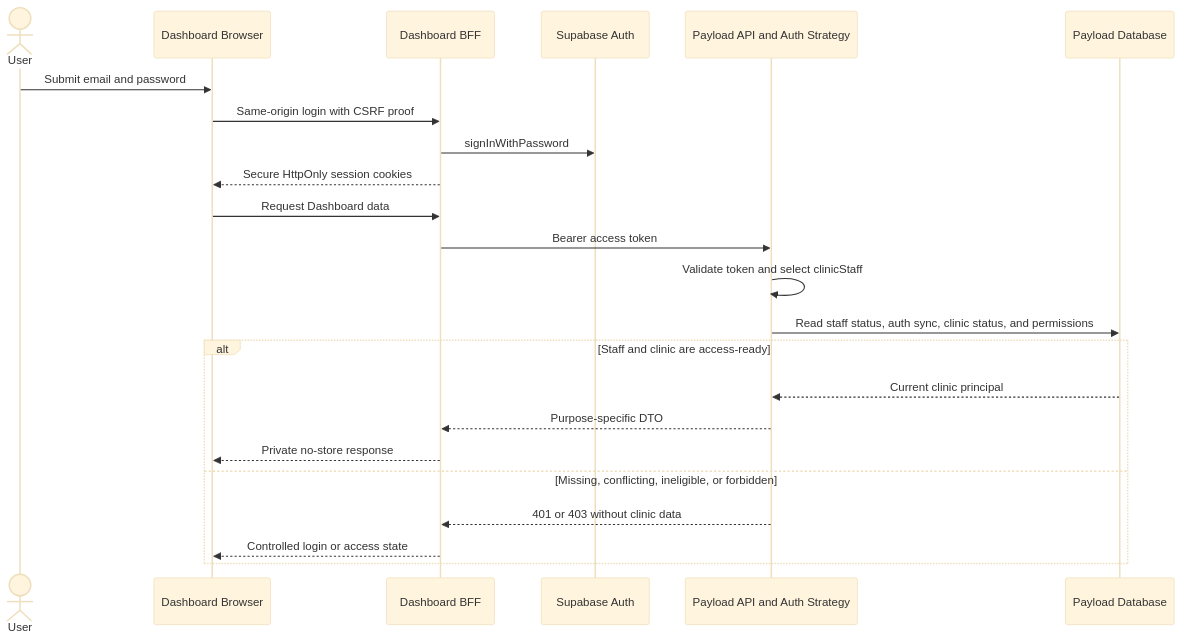
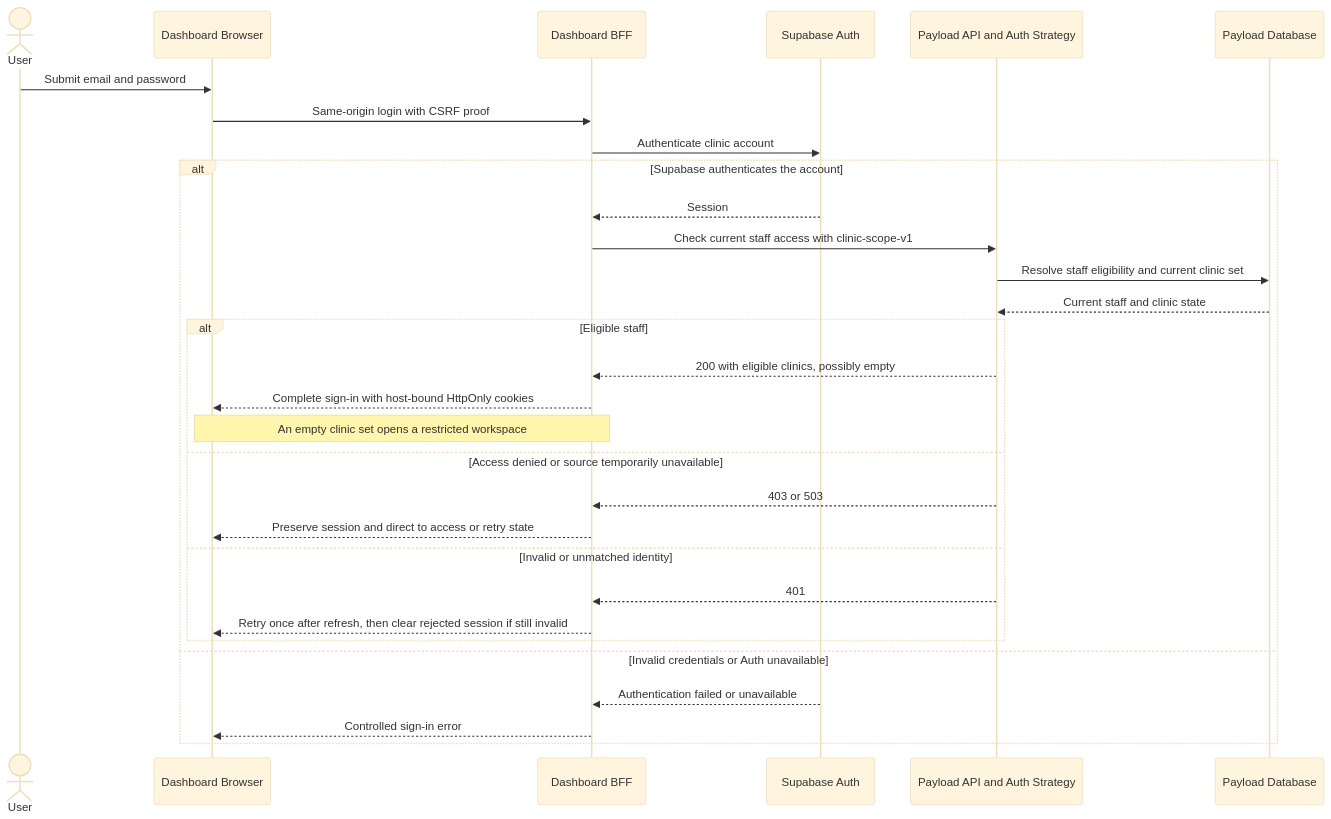
Before and after one commit to findmydoc-platform/website: the second of 4 diagrams in docs/security/auth-flow-diagram.md, drawn with Mermaid (base theme). The commit also changed other lines of this file and 5 other files, not shown here.

````diff
--- a/docs/security/auth-flow-diagram.md
+++ b/docs/security/auth-flow-diagram.md
@@ -33,26 +33,33 @@
 ```mermaid
 sequenceDiagram
     actor User
     participant Browser as Dashboard Browser
     participant BFF as Dashboard BFF
     participant Supabase as Supabase Auth
     participant Payload as Payload API and Auth Strategy
     participant DB as Payload Database
 
     User->>Browser: Submit email and password
     Browser->>BFF: Same-origin login with CSRF proof
-    BFF->>Supabase: signInWithPassword
-    BFF-->>Browser: Secure HttpOnly session cookies
-    Browser->>BFF: Request Dashboard data
-    BFF->>Payload: Bearer access token
-    Payload->>Payload: Validate token and select clinicStaff
-    Payload->>DB: Read staff status, auth sync, clinic status, and permissions
-    alt Staff and clinic are access-ready
-        DB-->>Payload: Current clinic principal
-        Payload-->>BFF: Purpose-specific DTO
-        BFF-->>Browser: Private no-store response
-    else Missing, conflicting, ineligible, or forbidden
-        Payload-->>BFF: 401 or 403 without clinic data
-        BFF-->>Browser: Controlled login or access state
+    BFF->>Supabase: Authenticate clinic account
+    alt Supabase authenticates the account
+        Supabase-->>BFF: Session
+        BFF->>Payload: Check current staff access with clinic-scope-v1
+        Payload->>DB: Resolve staff eligibility and current clinic set
+        DB-->>Payload: Current staff and clinic state
+        alt Eligible staff
+            Payload-->>BFF: 200 with eligible clinics, possibly empty
+            BFF-->>Browser: Complete sign-in with host-bound HttpOnly cookies
+            Note over Browser,BFF: An empty clinic set opens a restricted workspace
+        else Access denied or source temporarily unavailable
+            Payload-->>BFF: 403 or 503
+            BFF-->>Browser: Preserve session and direct to access or retry state
+        else Invalid or unmatched identity
+            Payload-->>BFF: 401
+            BFF-->>Browser: Retry once after refresh, then clear rejected session if still invalid
+        end
+    else Invalid credentials or Auth unavailable
+        Supabase-->>BFF: Authentication failed or unavailable
+        BFF-->>Browser: Controlled sign-in error
     end
 ```
````
